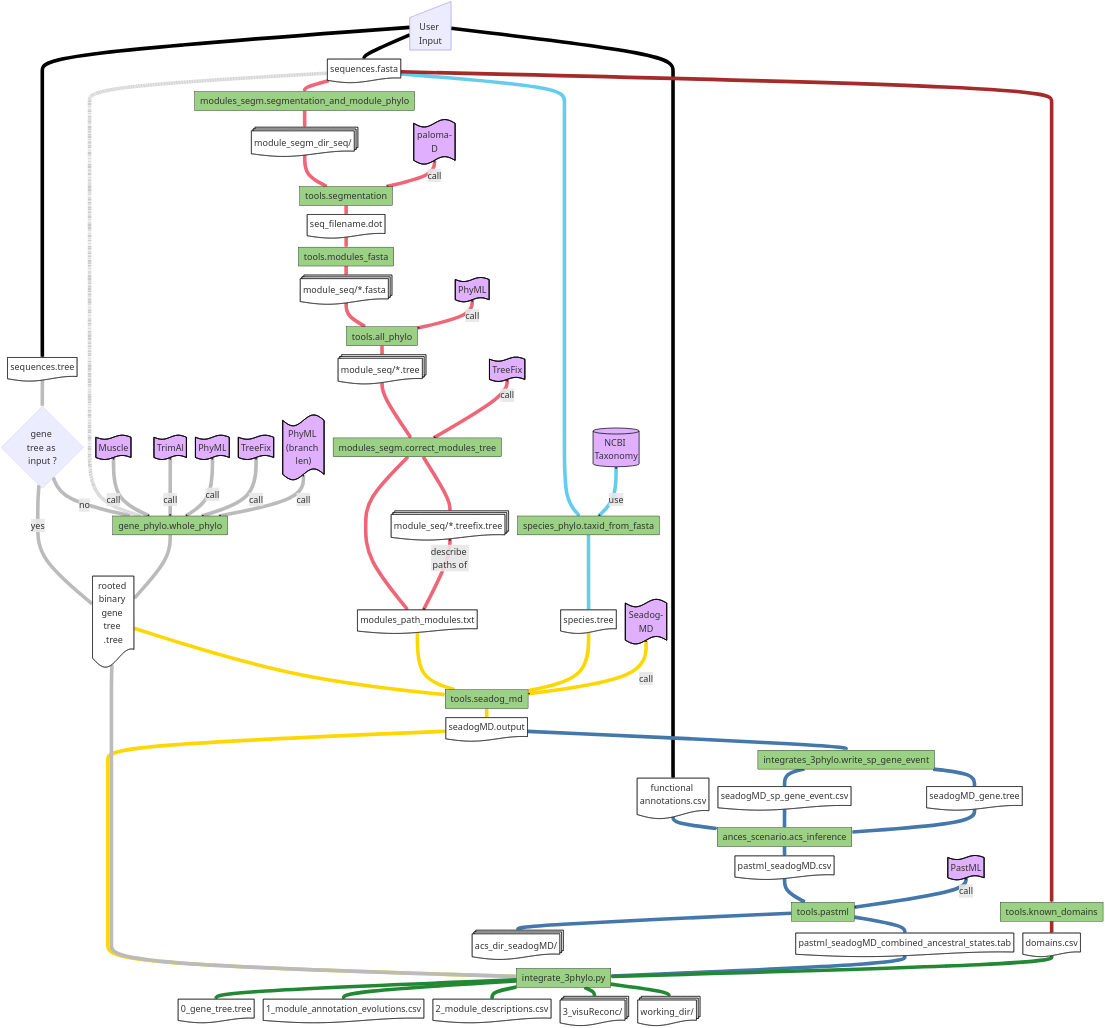
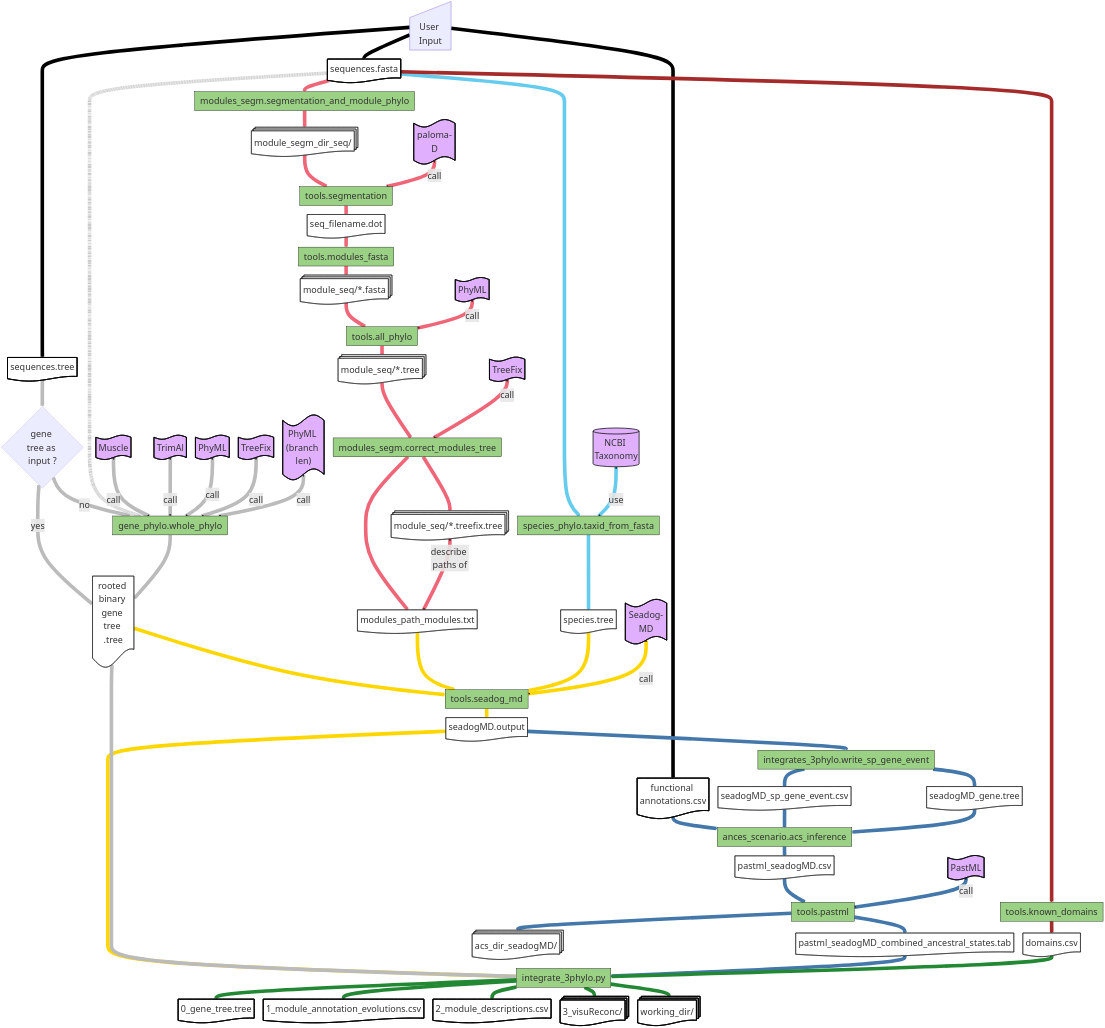
The diagram in README.md (OcMalde/fuse-phylotree), drawn with Mermaid before and after one commit.

Commit message:
readme mermaid test

```diff
--- a/README.md
+++ b/README.md
@@ -157,7 +157,10 @@
 class m5,m9,m11,g4,g5,g6,g7,g8,s2,r2,a4 tools
 
 classDef files fill:#fff,stroke:#000,stroke-width:2px;
-class A,B,C,m2,m4,m7,m12,m13,m14,g2,s3,r3,r5,r6,a2,a5,a6,i2,i3,i4,i5,i6,d2 files
+class m2,m4,m7,m12,m13,m14,g2,s3,r3,r5,r6,a2,a5,a6,i2,i3,i4,i5,i6,d2 files
+
+classDef input fill:#fff,stroke:#000,stroke-width:5px;
+class A,B,C,i2,i3,i4,i5,i6 input
 
 classDef scripts fill:#9BD184,stroke:#000,stroke-width:2px;
 class m1,m3,m6,m8,m10,g3,s1,d1,r1,r4,a1,a3,i1 scripts
```
